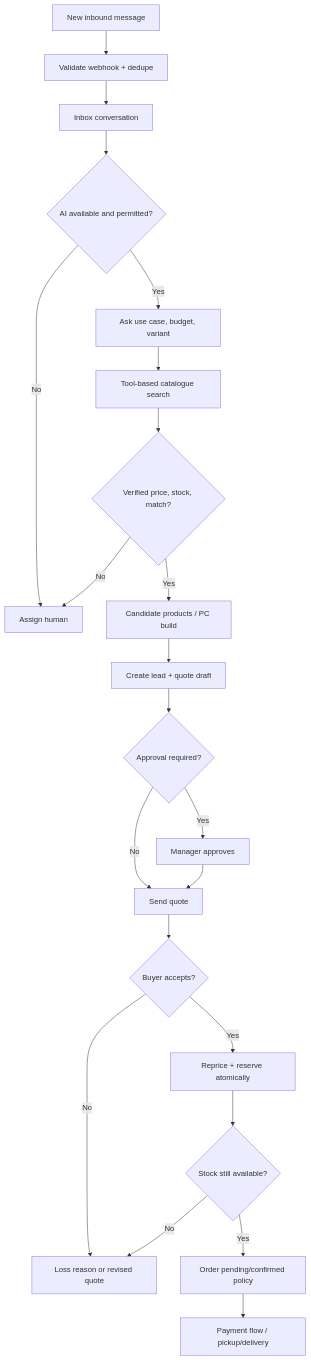
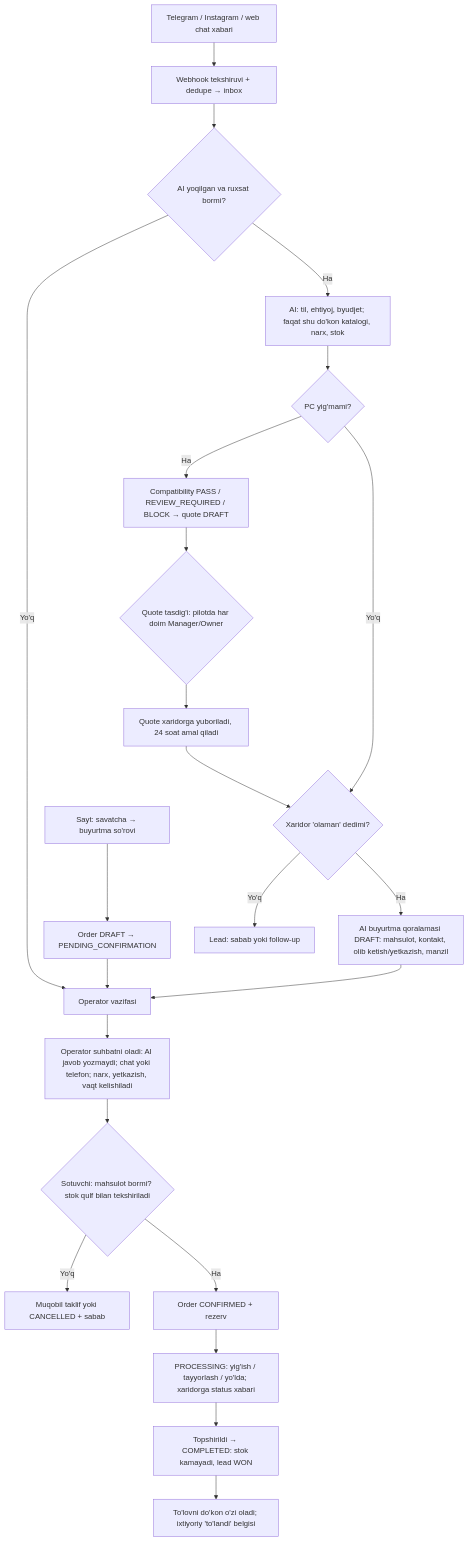
One commit to Ismoilkhan22/ai-commerce-backend changed the second of 6 diagrams in docs/business/06_UI_SITEMAP_AND_USER_FLOWS.md. Above: the diagram before and after it, drawn with Mermaid. The commit also changed other lines of this file and 13 other files, not shown here.

````diff
--- a/docs/business/06_UI_SITEMAP_AND_USER_FLOWS.md
+++ b/docs/business/06_UI_SITEMAP_AND_USER_FLOWS.md
@@ -130,24 +133,25 @@
 ```mermaid
 flowchart TD
- A[New inbound message] --> B[Validate webhook + dedupe]
- B --> C[Inbox conversation]
- C --> D{AI available and permitted?}
- D -- No --> E[Assign human]
- D -- Yes --> F[Ask use case, budget, variant]
- F --> G[Tool-based catalogue search]
- G --> H{Verified price, stock, match?}
- H -- No --> E
- H -- Yes --> I[Candidate products / PC build]
- I --> J[Create lead + quote draft]
- J --> K{Approval required?}
- K -- Yes --> L[Manager approves]
- K -- No --> M[Send quote]
- L --> M
- M --> N{Buyer accepts?}
- N -- No --> O[Loss reason or revised quote]
- N -- Yes --> P[Reprice + reserve atomically]
- P --> Q{Stock still available?}
- Q -- No --> O
- Q -- Yes --> R[Order pending/confirmed policy]
- R --> S[Payment flow / pickup/delivery]
+ A1[Telegram / Instagram / web chat xabari] --> B[Webhook tekshiruvi + dedupe → inbox]
+ B --> C{AI yoqilgan va ruxsat bormi?}
+ C -- Yo'q --> H[Operator vazifasi]
+ C -- Ha --> D[AI: til, ehtiyoj, byudjet; faqat shu do'kon katalogi, narx, stok]
+ D --> E{PC yig'mami?}
+ E -- Ha --> Q[Compatibility PASS / REVIEW_REQUIRED / BLOCK → quote DRAFT]
+ Q --> QA{Quote tasdig'i: pilotda har doim Manager/Owner}
+ QA --> QS[Quote xaridorga yuboriladi, 24 soat amal qiladi]
+ QS --> F{Xaridor 'olaman' dedimi?}
+ E -- Yo'q --> F
+ F -- Yo'q --> L[Lead: sabab yoki follow-up]
+ F -- Ha --> G[AI buyurtma qoralamasi DRAFT: mahsulot, kontakt, olib ketish/yetkazish, manzil]
+ A2[Sayt: savatcha → buyurtma so'rovi] --> G2[Order DRAFT → PENDING_CONFIRMATION]
+ G --> H
+ G2 --> H
+ H --> I[Operator suhbatni oladi: AI javob yozmaydi; chat yoki telefon; narx, yetkazish, vaqt kelishiladi]
+ I --> J{Sotuvchi: mahsulot bormi? stok qulf bilan tekshiriladi}
+ J -- Yo'q --> K[Muqobil taklif yoki CANCELLED + sabab]
+ J -- Ha --> M[Order CONFIRMED + rezerv]
+ M --> N[PROCESSING: yig'ish / tayyorlash / yo'lda; xaridorga status xabari]
+ N --> O[Topshirildi → COMPLETED: stok kamayadi, lead WON]
+ O --> P[To'lovni do'kon o'zi oladi; ixtiyoriy 'to'landi' belgisi]
 ```
````
